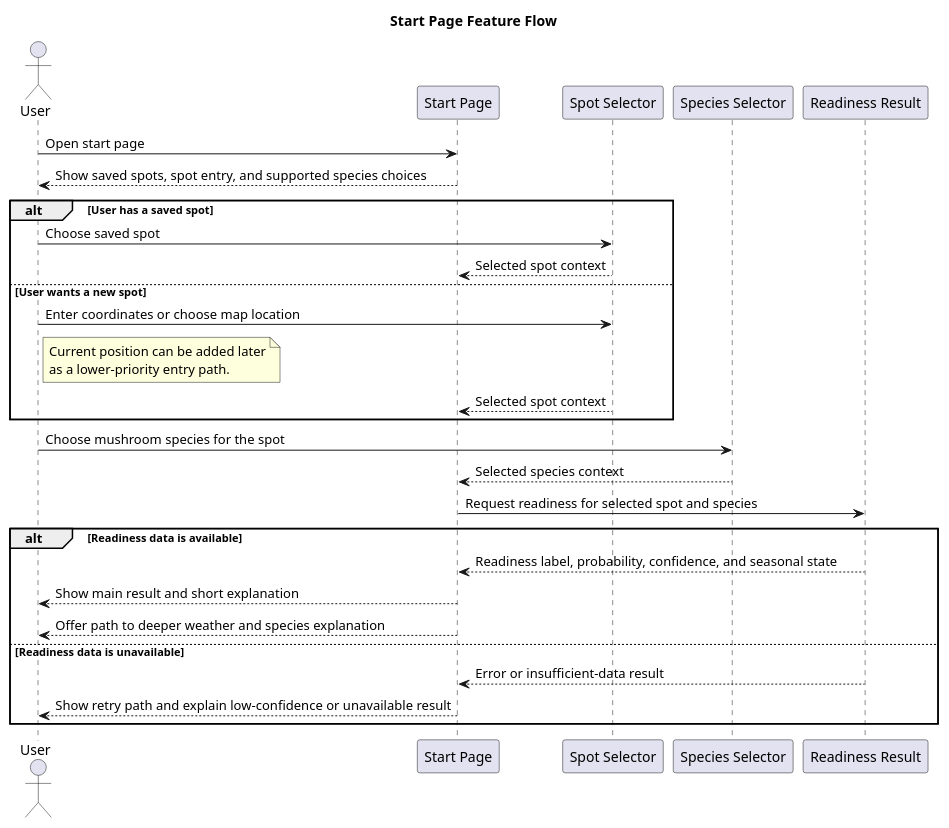
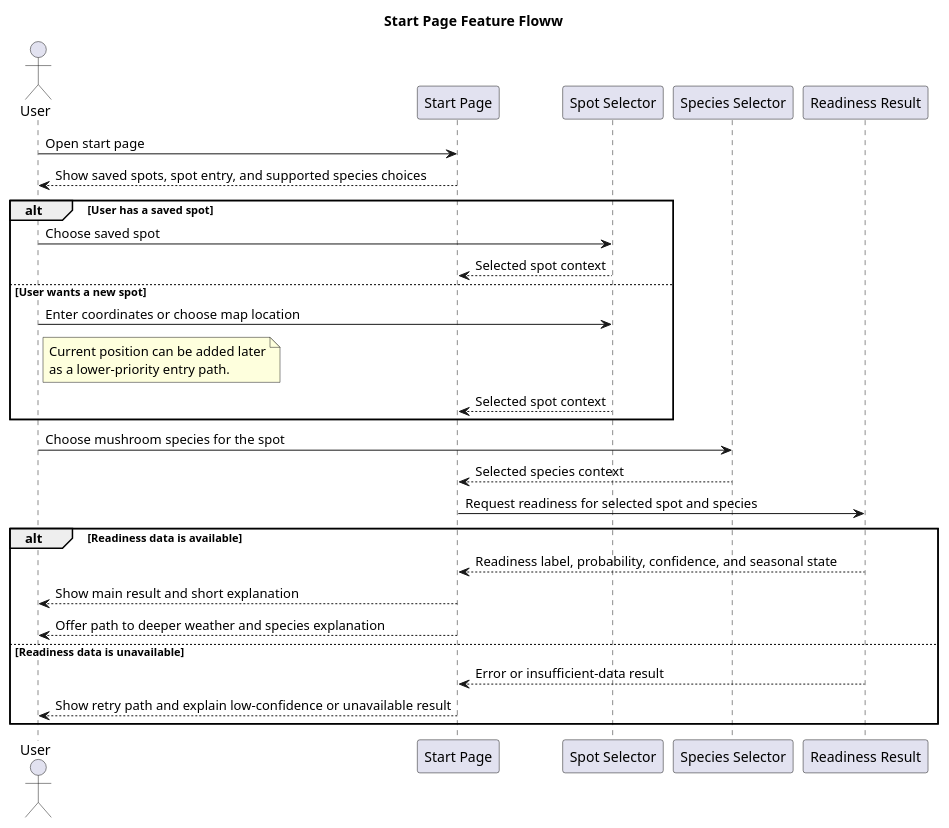
The diagram in docs/uml/feature-start-page.puml (OscarFilip/mushroom-mood), drawn with PlantUML before and after one commit. The commit also changed 14 other files, not shown here.

```diff
--- a/docs/uml/feature-start-page.puml
+++ b/docs/uml/feature-start-page.puml
@@ -1,41 +1,41 @@
 @startuml feature-start-page
-title Start Page Feature Flow
+title Start Page Feature Floww
 
 ' Status: Planned
 
 actor User
 participant "Start Page" as StartPage
 participant "Spot Selector" as SpotSelector
 participant "Species Selector" as SpeciesSelector
 participant "Readiness Result" as ReadinessResult
 
 User -> StartPage: Open start page
 StartPage --> User: Show saved spots, spot entry, and supported species choices
 
 alt User has a saved spot
   User -> SpotSelector: Choose saved spot
   SpotSelector --> StartPage: Selected spot context
 else User wants a new spot
   User -> SpotSelector: Enter coordinates or choose map location
   note right of User
   Current position can be added later
   as a lower-priority entry path.
   end note
   SpotSelector --> StartPage: Selected spot context
 end
 
 User -> SpeciesSelector: Choose mushroom species for the spot
 SpeciesSelector --> StartPage: Selected species context
 
 StartPage -> ReadinessResult: Request readiness for selected spot and species
 
 alt Readiness data is available
   ReadinessResult --> StartPage: Readiness label, probability, confidence, and seasonal state
   StartPage --> User: Show main result and short explanation
   StartPage --> User: Offer path to deeper weather and species explanation
 else Readiness data is unavailable
   ReadinessResult --> StartPage: Error or insufficient-data result
   StartPage --> User: Show retry path and explain low-confidence or unavailable result
 end
 
 @enduml
```
